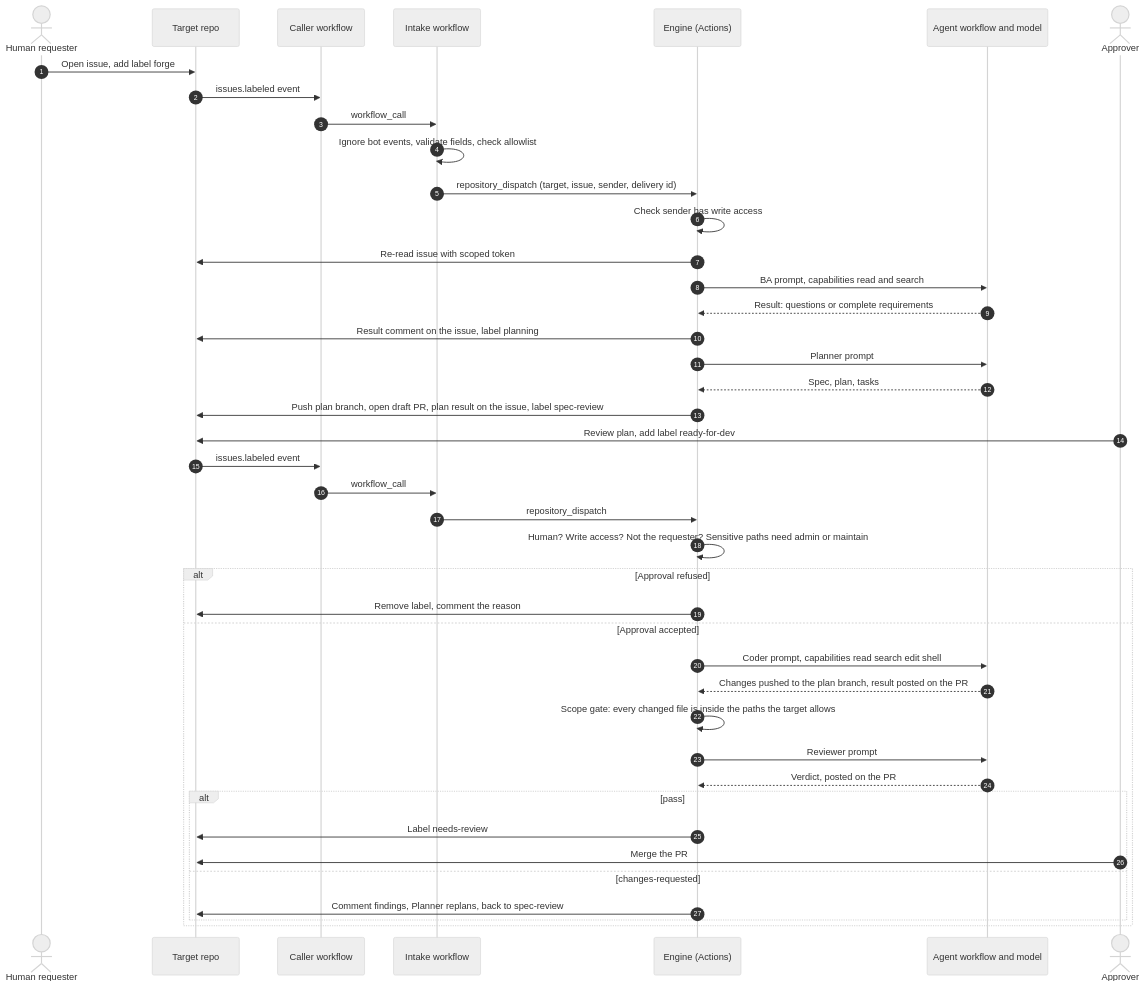
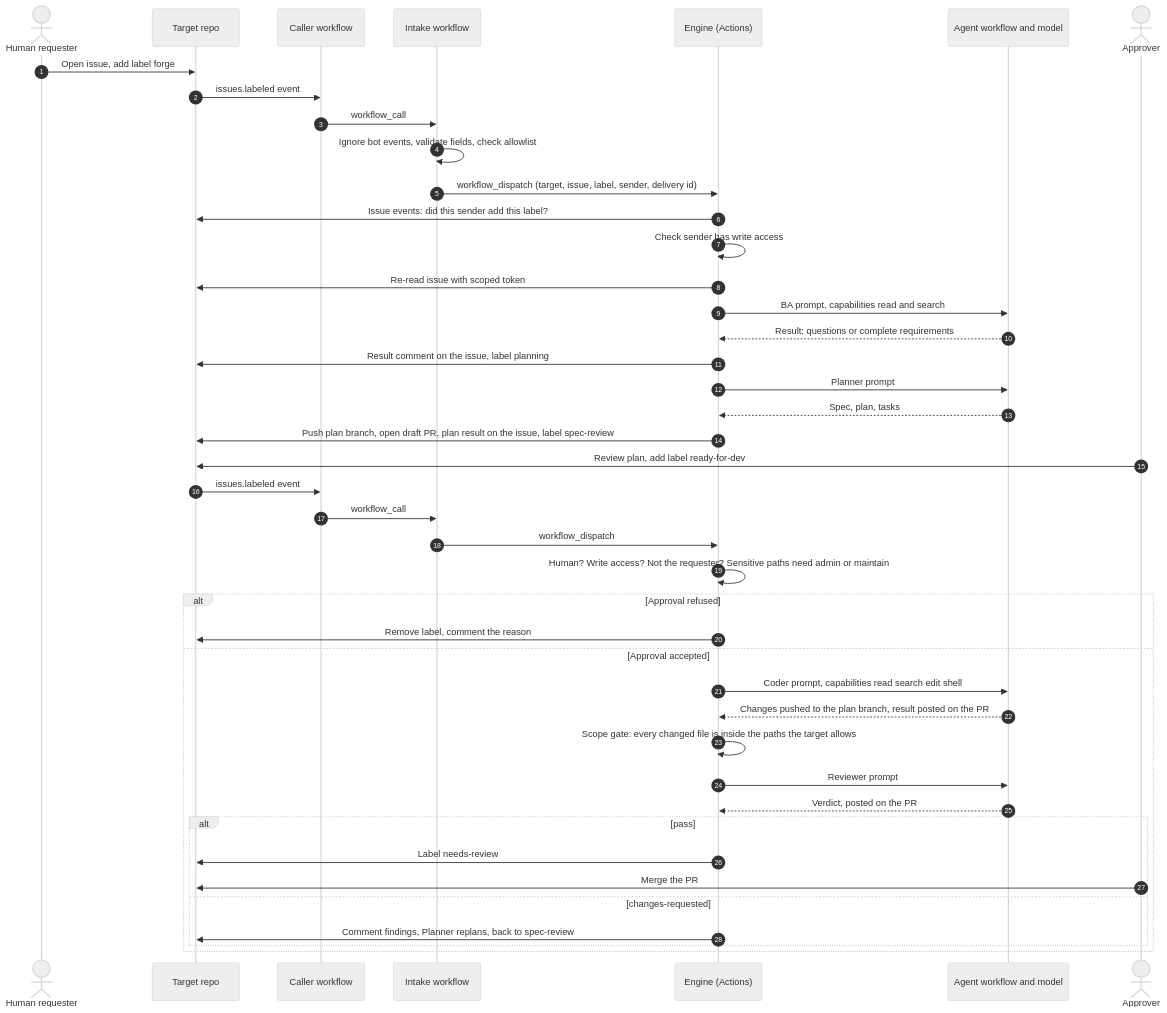
Before and after one commit to LuisiitoDev/agentic-forge: the second of 3 diagrams in README.md, drawn with Mermaid (neutral theme). The commit also changed other lines of this file and 16 other files, not shown here.

First line of the commit message:
Least-privilege dispatch token; check label events on the issue (ADR-0031)

````diff
--- a/README.md
+++ b/README.md
@@ -56,47 +56,48 @@
 ```mermaid
 sequenceDiagram
     autonumber
     actor H as Human requester
     participant T as Target repo
     participant C as Caller workflow
     participant R as Intake workflow
     participant E as Engine (Actions)
     participant M as Agent workflow and model
     actor O as Approver
 
     H->>T: Open issue, add label forge
     T->>C: issues.labeled event
     C->>R: workflow_call
     R->>R: Ignore bot events, validate fields, check allowlist
-    R->>E: repository_dispatch (target, issue, sender, delivery id)
+    R->>E: workflow_dispatch (target, issue, label, sender, delivery id)
+    E->>T: Issue events: did this sender add this label?
     E->>E: Check sender has write access
     E->>T: Re-read issue with scoped token
     E->>M: BA prompt, capabilities read and search
     M-->>E: Result: questions or complete requirements
     E->>T: Result comment on the issue, label planning
 
     E->>M: Planner prompt
     M-->>E: Spec, plan, tasks
     E->>T: Push plan branch, open draft PR, plan result on the issue, label spec-review
 
     O->>T: Review plan, add label ready-for-dev
     T->>C: issues.labeled event
     C->>R: workflow_call
-    R->>E: repository_dispatch
+    R->>E: workflow_dispatch
     E->>E: Human? Write access? Not the requester? Sensitive paths need admin or maintain
     alt Approval refused
         E->>T: Remove label, comment the reason
     else Approval accepted
         E->>M: Coder prompt, capabilities read search edit shell
         M-->>E: Changes pushed to the plan branch, result posted on the PR
         E->>E: Scope gate: every changed file is inside the paths the target allows
         E->>M: Reviewer prompt
         M-->>E: Verdict, posted on the PR
         alt pass
             E->>T: Label needs-review
             O->>T: Merge the PR
         else changes-requested
             E->>T: Comment findings, Planner replans, back to spec-review
         end
     end
 ```
````
